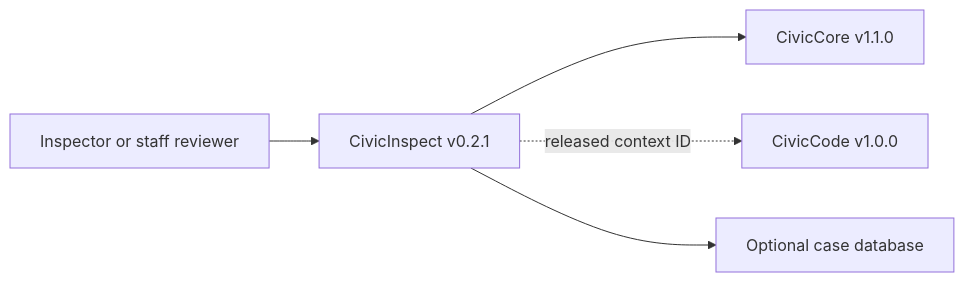
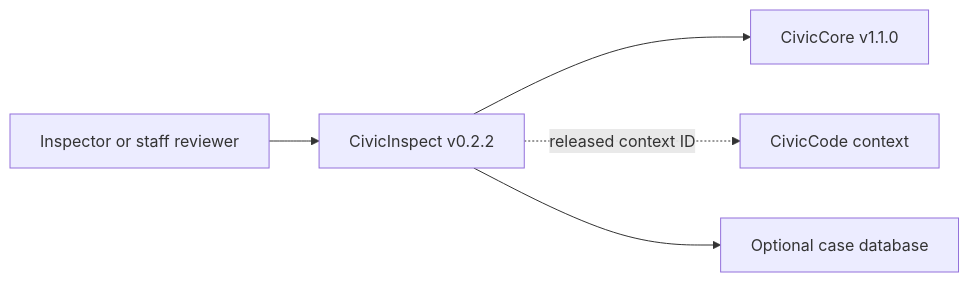
The diagram in USER-MANUAL.md (CivicSuite/civicinspect), drawn with Mermaid before and after one commit. The commit also changed other lines of this file and 17 other files, not shown here.

````diff
--- a/USER-MANUAL.md
+++ b/USER-MANUAL.md
@@ -36,7 +36,7 @@
 ```mermaid
 flowchart LR
-  Staff["Inspector or staff reviewer"] --> CivicInspect["CivicInspect v0.2.1"]
+  Staff["Inspector or staff reviewer"] --> CivicInspect["CivicInspect v0.2.2"]
   CivicInspect --> CivicCore["CivicCore v1.1.0"]
-  CivicInspect -. released context ID .-> CivicCode["CivicCode v1.0.0"]
+  CivicInspect -. released context ID .-> CivicCode["CivicCode context"]
   CivicInspect --> DB["Optional case database"]
 ```
````
